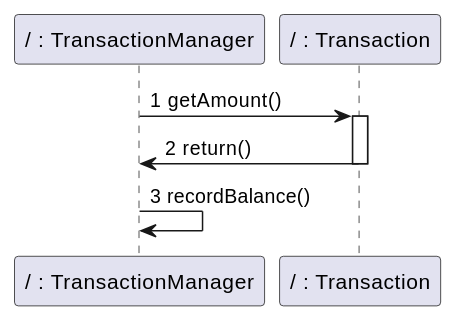
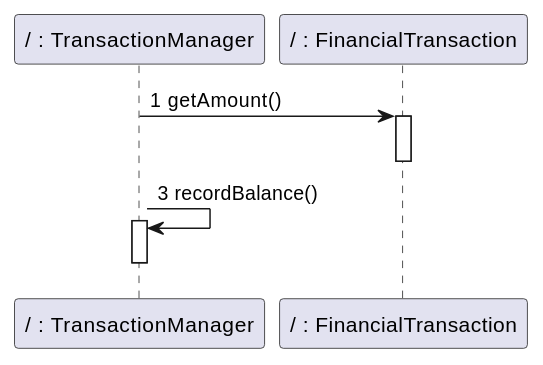
Diagram 17 of 18 in Deliverables/DesignDocument.md (nicolabattaglino/ezshop), drawn with PlantUML before and after one commit. The commit also changed other lines of this file, not shown here.

````diff
--- a/Deliverables/DesignDocument.md
+++ b/Deliverables/DesignDocument.md
@@ -892,14 +883,16 @@
 ```plantuml
 @startuml
 
 
 participant "/ : TransactionManager" as TransactionManager
-participant "/ : Transaction" as Transaction
-TransactionManager-> Transaction:1 getAmount()
-activate Transaction
-Transaction -> TransactionManager:2 return()
-deactivate Transaction
+participant "/ : FinancialTransaction" as FinancialTransaction
+TransactionManager-> FinancialTransaction:1 getAmount()
+activate FinancialTransaction
+
+deactivate FinancialTransaction
 TransactionManager -> TransactionManager:3 recordBalance() 
+activate TransactionManager
+deactivate TransactionManager
 
 @enduml
 ```
````
